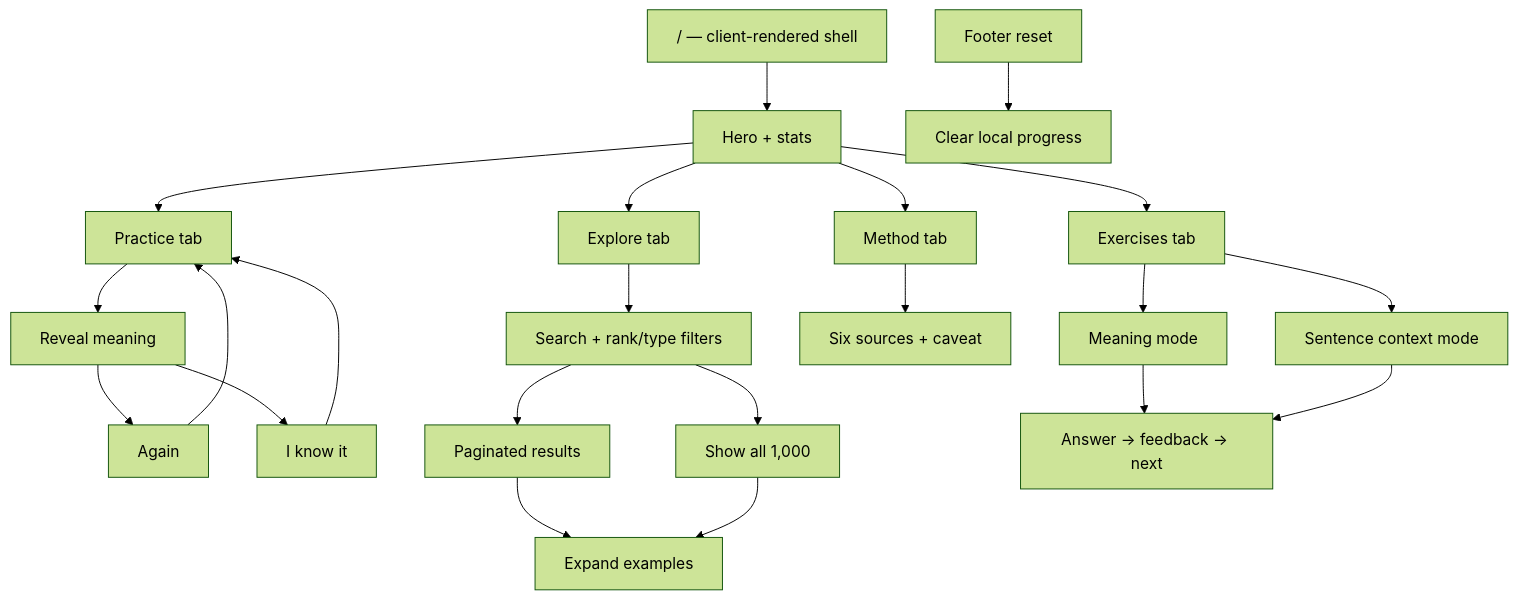
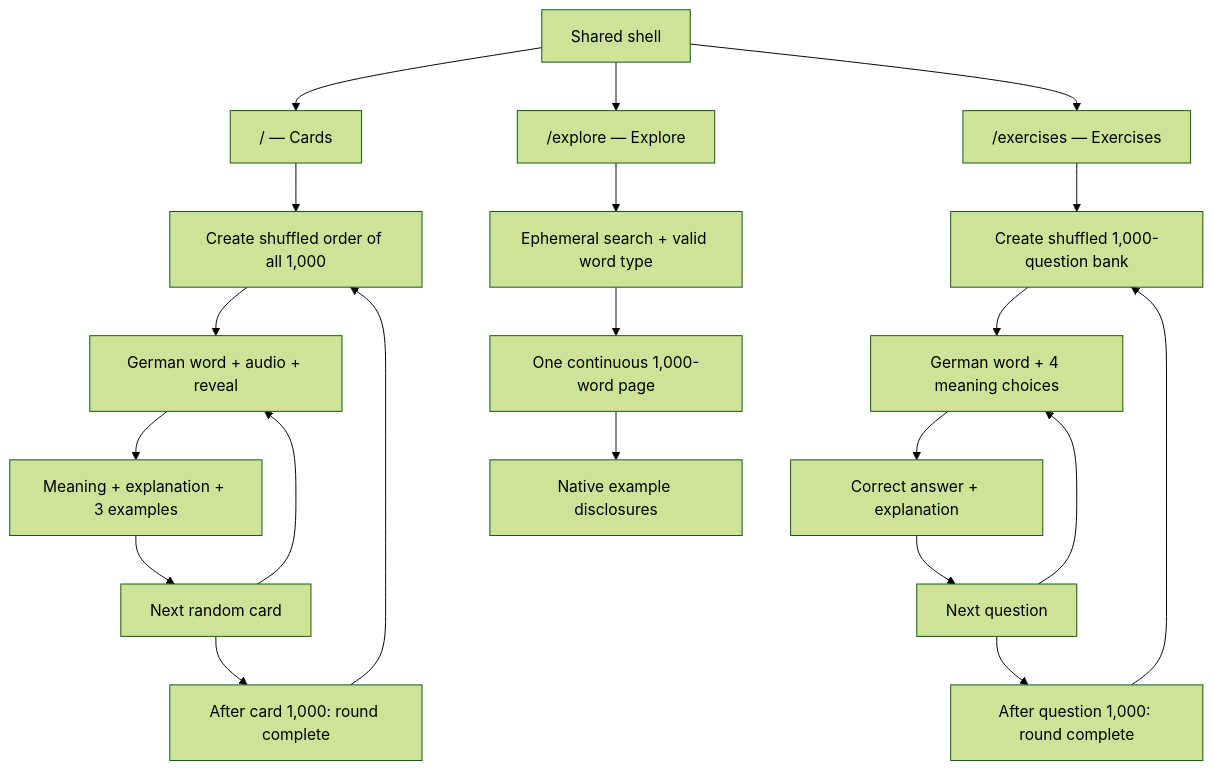
Before and after one commit to derinbarutcu17/german1000: the diagram in docs/flow-map.md, drawn with Mermaid (forest theme). The commit also changed other lines of this file and 37 other files, not shown here.

````diff
--- a/docs/flow-map.md
+++ b/docs/flow-map.md
@@ -7,24 +5,23 @@
 ```mermaid
 flowchart TD
-  Root["/ — client-rendered shell"] --> Hero["Hero + stats"]
-  Hero --> Practice["Practice tab"]
-  Hero --> Explore["Explore tab"]
-  Hero --> Exercises["Exercises tab"]
-  Hero --> Method["Method tab"]
-  Practice --> Reveal["Reveal meaning"]
-  Reveal --> Again["Again"]
-  Reveal --> Know["I know it"]
-  Again --> Practice
-  Know --> Practice
-  Explore --> Search["Search + rank/type filters"]
-  Search --> Page["Paginated results"]
-  Search --> All["Show all 1,000"]
-  Page --> Details["Expand examples"]
-  All --> Details
-  Exercises --> Meaning["Meaning mode"]
-  Exercises --> Context["Sentence context mode"]
-  Meaning --> Answer["Answer → feedback → next"]
-  Context --> Answer
-  Method --> Sources["Six sources + caveat"]
-  Footer["Footer reset"] --> Reset["Clear local progress"]
+  Shell["Shared shell"] --> Cards["/ — Cards"]
+  Shell --> Explore["/explore — Explore"]
+  Shell --> Exercises["/exercises — Exercises"]
+  Cards --> LoadDeck["Create shuffled order of all 1,000"]
+  LoadDeck --> Front["German word + audio + reveal"]
+  Front --> Back["Meaning + explanation + 3 examples"]
+  Back --> Next["Next random card"]
+  Next --> Front
+  Next --> Complete["After card 1,000: round complete"]
+  Complete --> LoadDeck
+  Explore --> Filters["Ephemeral search + valid word type"]
+  Filters --> Index["One continuous 1,000-word page"]
+  Index --> Details["Native example disclosures"]
+  Exercises --> LoadBank["Create shuffled 1,000-question bank"]
+  LoadBank --> Question["German word + 4 meaning choices"]
+  Question --> Feedback["Correct answer + explanation"]
+  Feedback --> NextQuestion["Next question"]
+  NextQuestion --> Question
+  NextQuestion --> ExerciseComplete["After question 1,000: round complete"]
+  ExerciseComplete --> LoadBank
 ```
````
